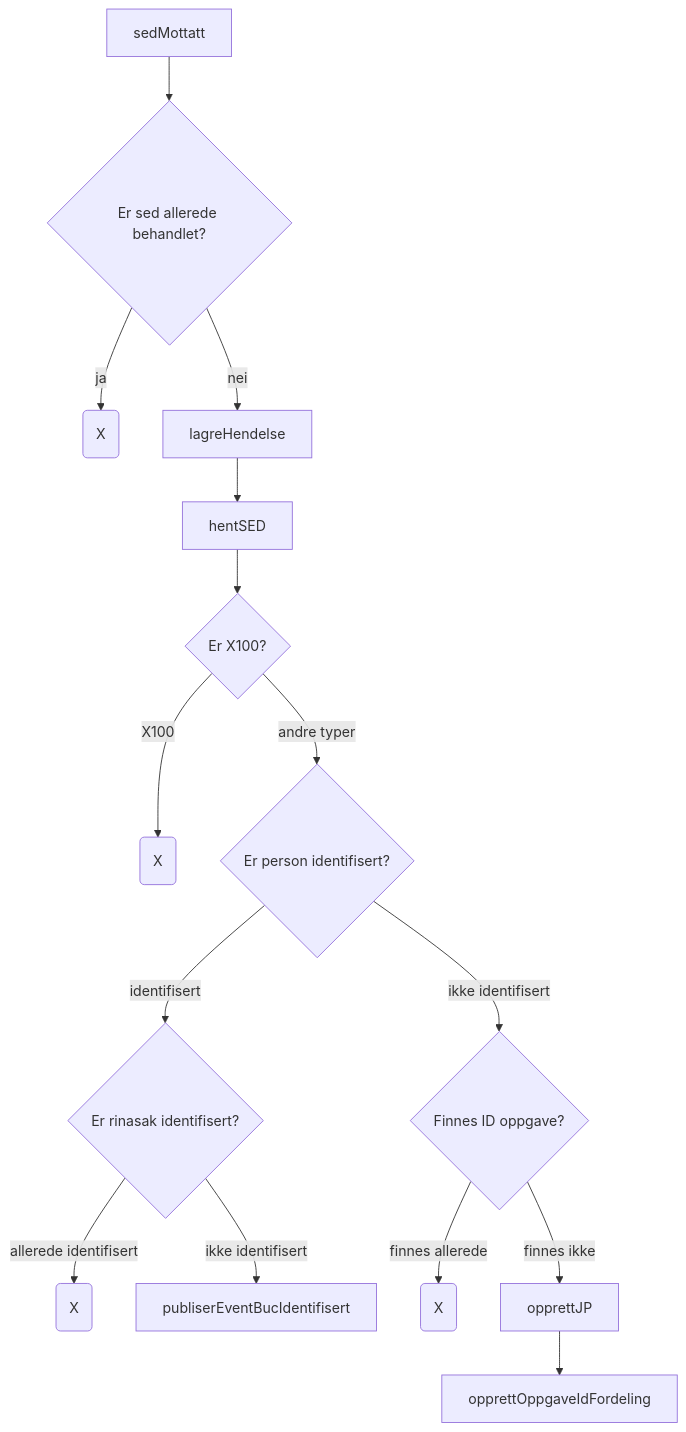
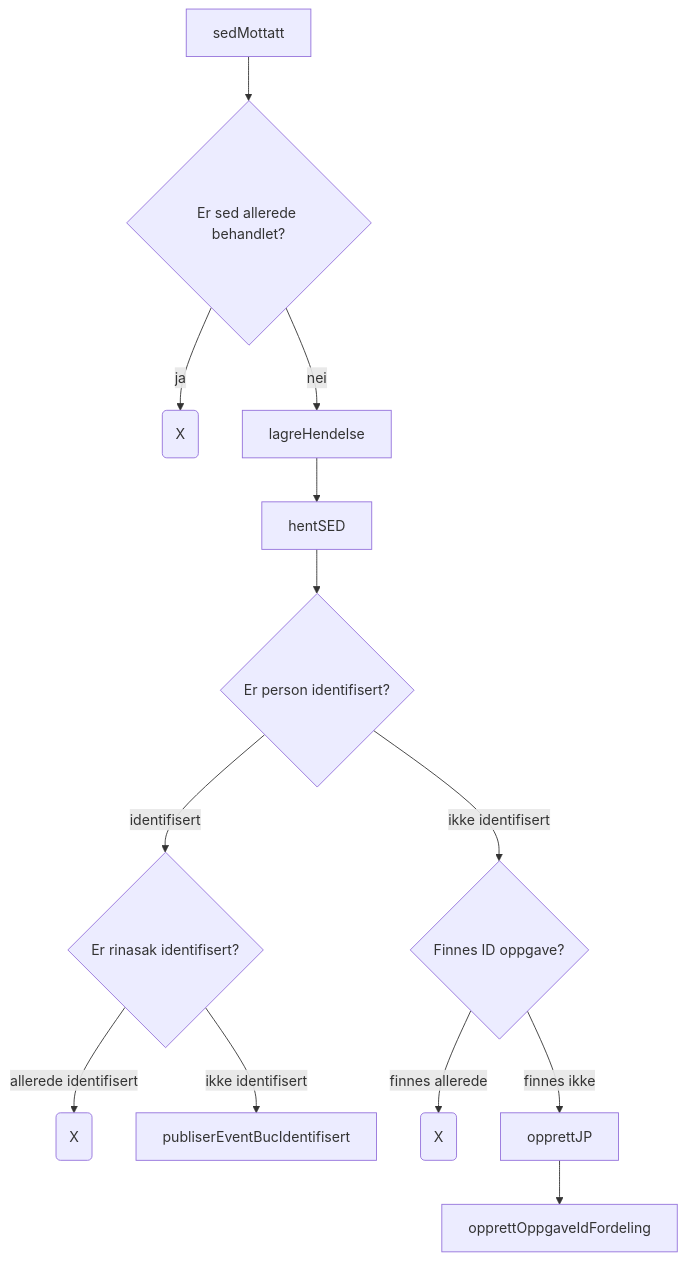
One commit to navikt/melosys-eessi changed the diagram in diagrammer/SedMottak.md. Above: the diagram before and after it, drawn with Mermaid. The commit also changed 9 other files, not shown here.

Commit message:
Behandler X100 likt som alle andre typer (med toggle)

````diff
--- a/diagrammer/SedMottak.md
+++ b/diagrammer/SedMottak.md
@@ -2,20 +2,18 @@
 ```mermaid
 flowchart
     sedMottatt --> sedAlleredeBehandlet{Er sed allerede behandlet?}
     sedAlleredeBehandlet --ja--> allederedeBehandlet(X)
     sedAlleredeBehandlet --nei--> lagreHendelse
 
     lagreHendelse --> hentSED
-    hentSED --> sedType{Er X100?}
-    sedType --X100--> sedErX100(X)
-    sedType --andre typer--> identifiserPerson{Er person identifisert?}
+    hentSED --> identifiserPerson{Er person identifisert?}
 
     identifiserPerson -- identifisert --> erRinasakIdentifisert{Er rinasak identifisert?}
     erRinasakIdentifisert --allerede identifisert--> rinasakIdentifisert(X)
     erRinasakIdentifisert --ikke identifisert--> publiserEventBucIdentifisert
 
     identifiserPerson --ikke identifisert--> finnesOppgaveAllerede{Finnes ID oppgave?}
     finnesOppgaveAllerede --finnes allerede--> oppgaveFinnesAllerede(X)
     finnesOppgaveAllerede --finnes ikke--> opprettJP
     opprettJP --> opprettOppgaveIdFordeling
 ```
````
